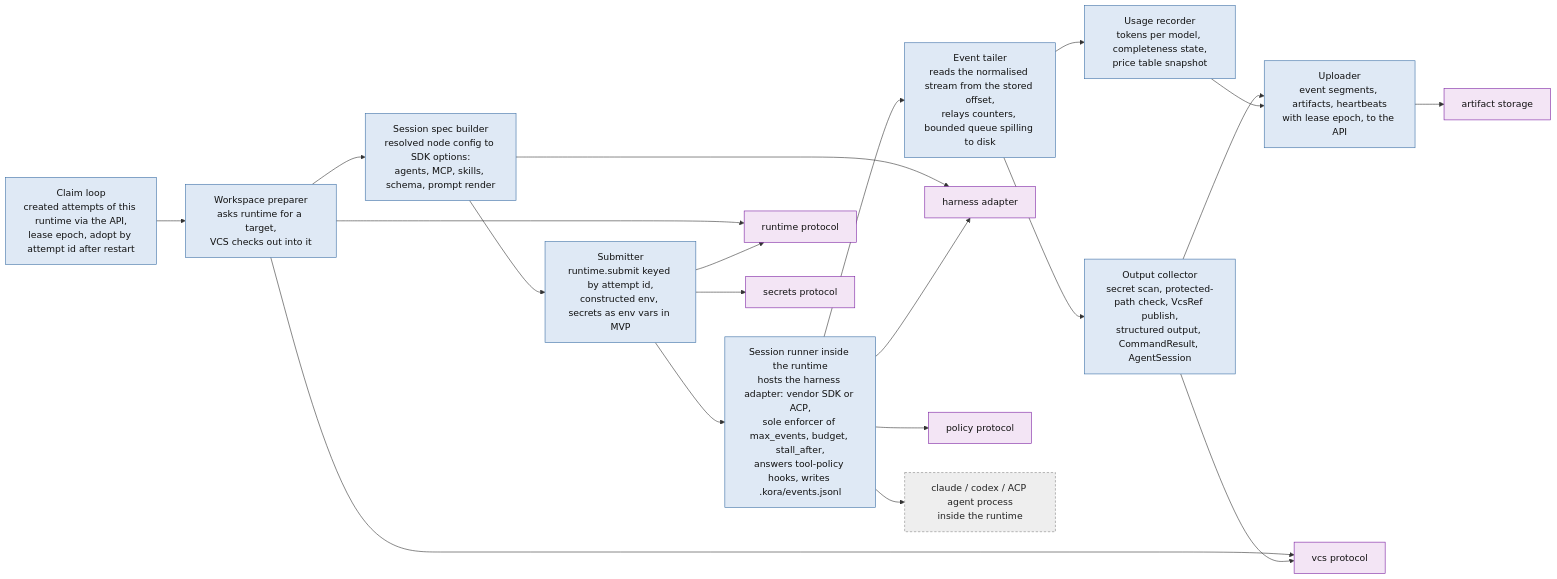
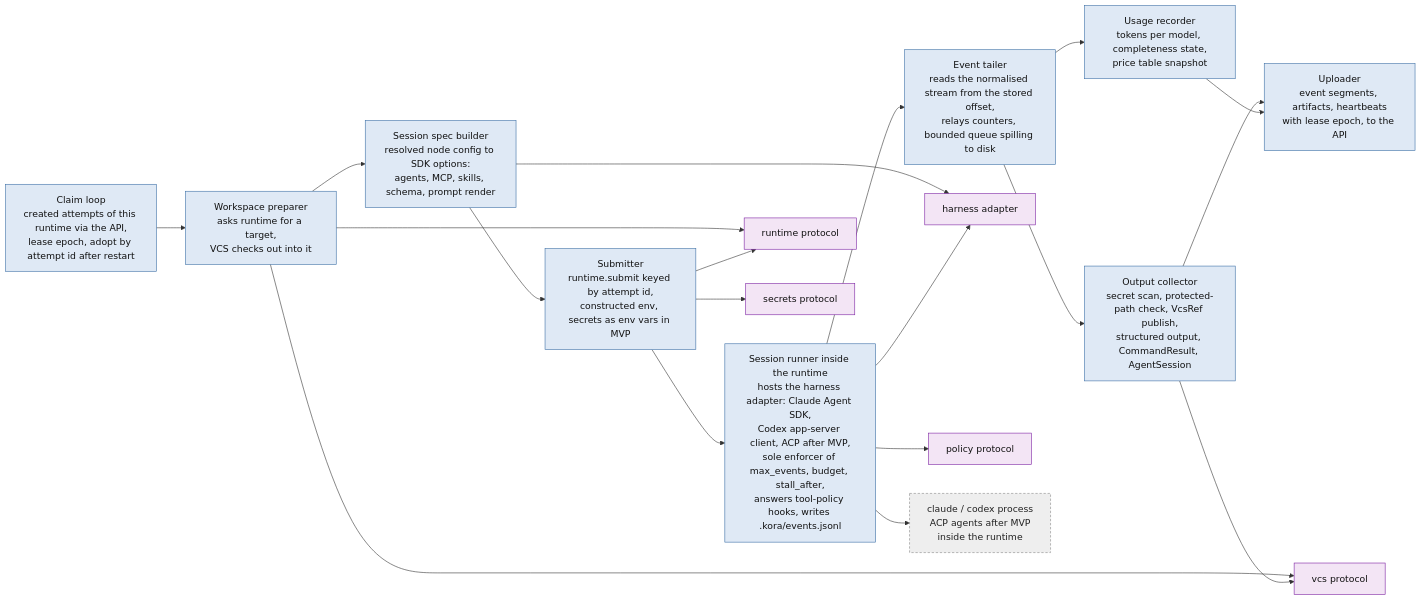
Before and after one commit to klukashka/kora: the fourth of 6 diagrams in knowledge/architecture/detailed.md, drawn with Mermaid. The commit also changed other lines of this file and 45 other files, not shown here.

````diff
--- a/knowledge/architecture/detailed.md
+++ b/knowledge/architecture/detailed.md
@@ -160,35 +160,33 @@
 ```mermaid
 flowchart LR
     classDef c fill:#dfe9f5,stroke:#3b6ea5,color:#111
     classDef plugin fill:#f3e5f5,stroke:#7b1fa2,color:#111
     classDef ext fill:#eeeeee,stroke:#888,color:#222,stroke-dasharray: 4 3
 
     CL[Claim loop<br/>created attempts of this runtime via the API,<br/>lease epoch, adopt by attempt id after restart]:::c
     WS[Workspace preparer<br/>asks runtime for a target,<br/>VCS checks out into it]:::c
     CFG[Session spec builder<br/>resolved node config to SDK options:<br/>agents, MCP, skills, schema, prompt render]:::c
     SUB[Submitter<br/>runtime.submit keyed by attempt id,<br/>constructed env, secrets as env vars in MVP]:::c
-    RUN[Session runner inside the runtime<br/>hosts the harness adapter: vendor SDK or ACP,<br/>sole enforcer of max_events, budget, stall_after,<br/>answers tool-policy hooks, writes .kora/events.jsonl]:::c
+    RUN[Session runner inside the runtime<br/>hosts the harness adapter: Claude Agent SDK,<br/>Codex app-server client, ACP after MVP,<br/>sole enforcer of max_events, budget, stall_after,<br/>answers tool-policy hooks, writes .kora/events.jsonl]:::c
     STR[Event tailer<br/>reads the normalised stream from the stored offset,<br/>relays counters, bounded queue spilling to disk]:::c
     COL[Output collector<br/>secret scan, protected-path check, VcsRef publish,<br/>structured output, CommandResult, AgentSession]:::c
     USG[Usage recorder<br/>tokens per model, completeness state,<br/>price table snapshot]:::c
     UP[Uploader<br/>event segments, artifacts, heartbeats<br/>with lease epoch, to the API]:::c
 
     P_RT[runtime protocol]:::plugin
     P_HA[harness adapter]:::plugin
     P_POL[policy protocol]:::plugin
     P_VCS[vcs protocol]:::plugin
     P_SEC[secrets protocol]:::plugin
-    P_AST[artifact storage]:::plugin
-    HARN[claude / codex / ACP agent process<br/>inside the runtime]:::ext
+    HARN[claude / codex process<br/>ACP agents after MVP<br/>inside the runtime]:::ext
 
     CL --> WS --> CFG --> SUB --> RUN --> STR --> COL --> UP
     STR --> USG --> UP
     WS --> P_VCS
     WS & SUB --> P_RT
     CFG --> P_HA
     RUN --> P_HA & P_POL
     SUB --> P_SEC
     COL --> P_VCS
-    UP --> P_AST
     RUN --> HARN
 ```
````
